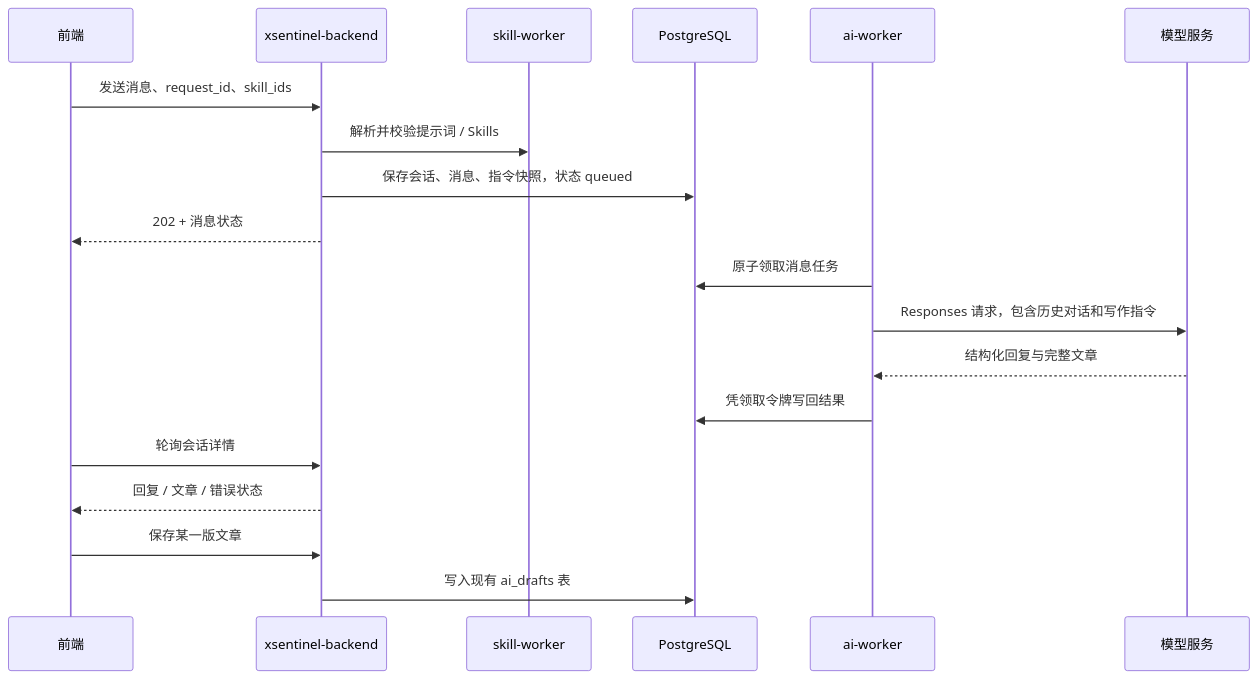
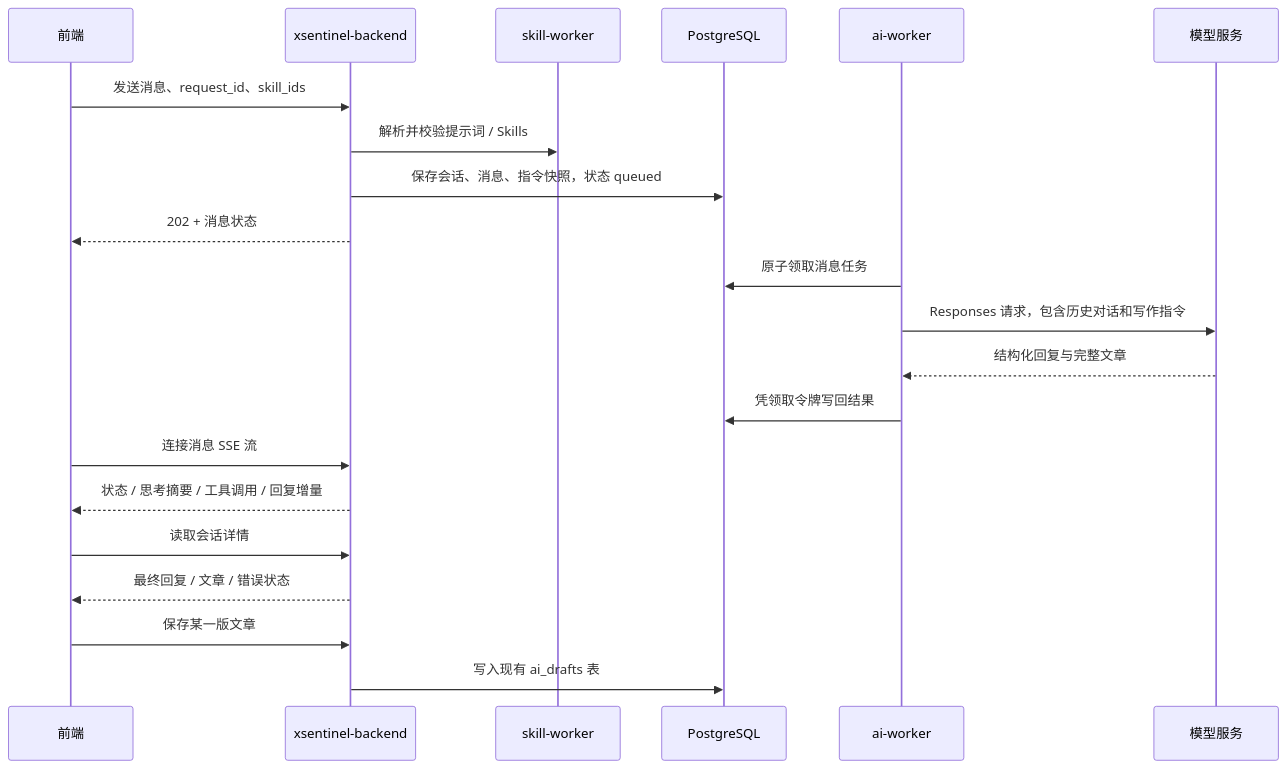
The diagram in docs/agent-chat.md (StanXu-symple/auto-x), drawn with Mermaid before and after one commit. The commit also changed other lines of this file and 8 other files, not shown here.

````diff
--- a/docs/agent-chat.md
+++ b/docs/agent-chat.md
@@ -17,21 +17,23 @@
 ```mermaid
 sequenceDiagram
     participant UI as 前端
     participant API as xsentinel-backend
     participant Skill as skill-worker
     participant DB as PostgreSQL
     participant AI as ai-worker
     participant Model as 模型服务
     UI->>API: 发送消息、request_id、skill_ids
     API->>Skill: 解析并校验提示词 / Skills
     API->>DB: 保存会话、消息、指令快照，状态 queued
     API-->>UI: 202 + 消息状态
     AI->>DB: 原子领取消息任务
     AI->>Model: Responses 请求，包含历史对话和写作指令
     Model-->>AI: 结构化回复与完整文章
     AI->>DB: 凭领取令牌写回结果
-    UI->>API: 轮询会话详情
-    API-->>UI: 回复 / 文章 / 错误状态
+    UI->>API: 连接消息 SSE 流
+    API-->>UI: 状态 / 思考摘要 / 工具调用 / 回复增量
+    UI->>API: 读取会话详情
+    API-->>UI: 最终回复 / 文章 / 错误状态
     UI->>API: 保存某一版文章
     API->>DB: 写入现有 ai_drafts 表
 ```
````
